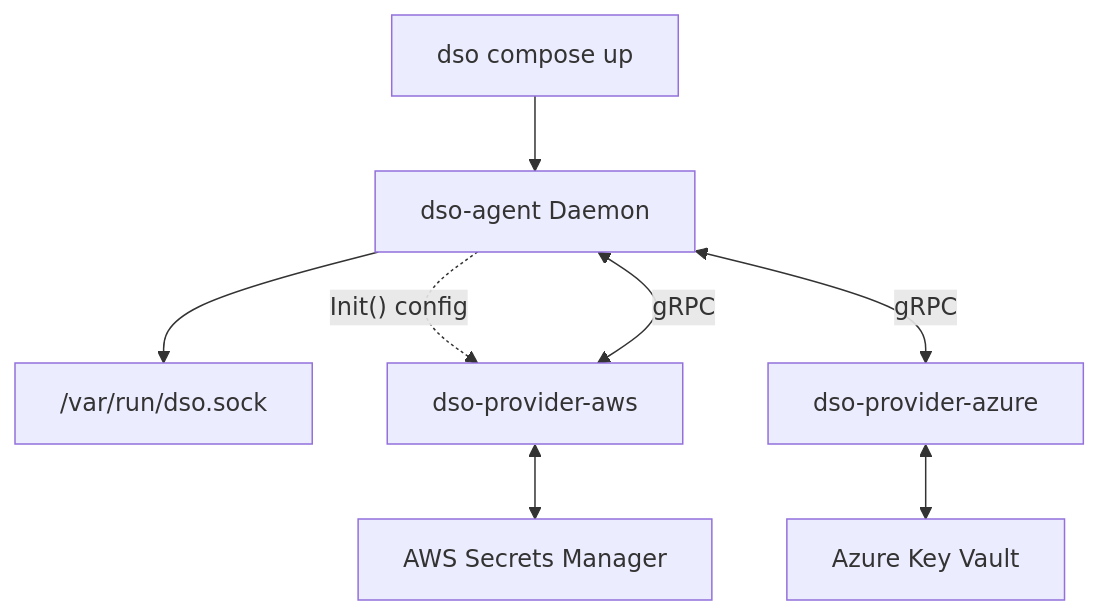
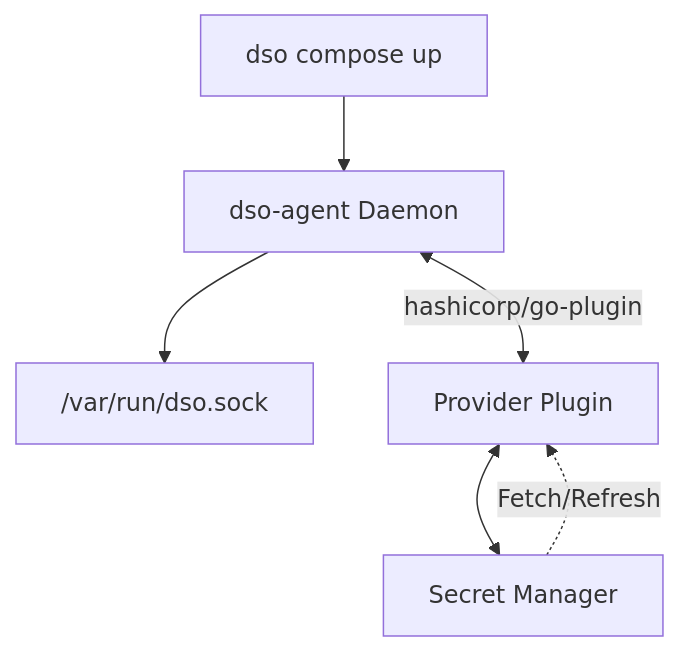
Before and after one commit to umairmd385/docker-secret-operator: the diagram in README.md, drawn with Mermaid. The commit also changed other lines of this file and 7 other files, not shown here.

````diff
--- a/README.md
+++ b/README.md
@@ -17,18 +14,15 @@
 ```mermaid
 graph TD
     CLI[dso compose up]
     Agent[dso-agent Daemon]
     Socket["/var/run/dso.sock"]
     
-    ProviderAWS[dso-provider-aws]
-    ProviderAzure[dso-provider-azure]
+    Provider[Provider Plugin]
 
     CLI --> Agent
     Agent --> Socket
-    Agent -. "Init() config" .-> ProviderAWS
-    Agent <-->|gRPC| ProviderAWS
-    Agent <-->|gRPC| ProviderAzure
+    Agent <-->|hashicorp/go-plugin| Provider
     
-    ProviderAWS <--> AWS[AWS Secrets Manager]
-    ProviderAzure <--> Azure[Azure Key Vault]
+    Provider <--> Cloud[Secret Manager]
+    Cloud -. "Fetch/Refresh" .-> Provider
 ```
````
